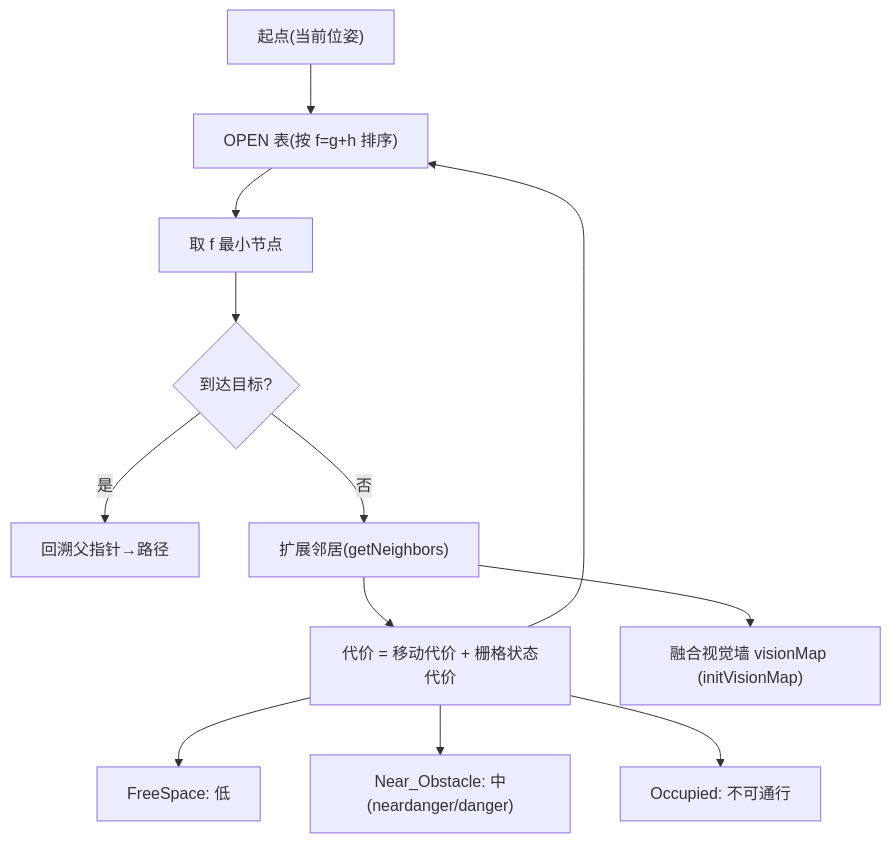
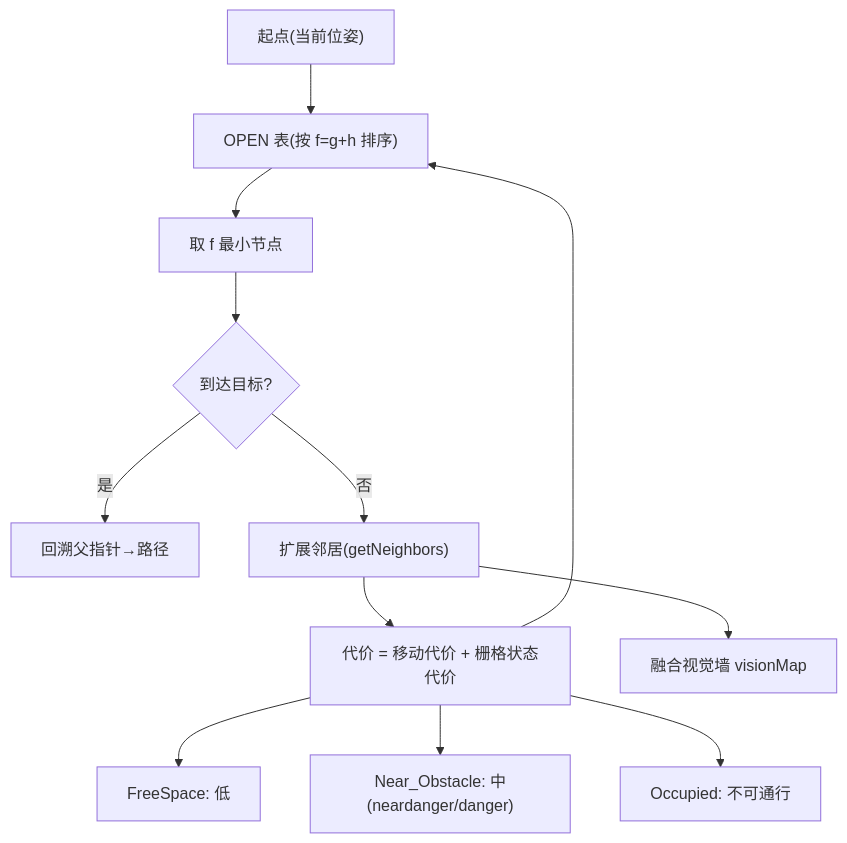
Before and after one commit to Drahann/OpenHarmonyCar: diagram 11 of 32 in 竞赛文档/作品设计文档.md, drawn with Mermaid. The commit also changed other lines of this file, not shown here.

First line of the commit message:
docs: 作品设计文档重做——技术深挖(面向评委)+按DDO写软总线+全导航算法图+删冗余

````diff
--- a/竞赛文档/作品设计文档.md
+++ b/竞赛文档/作品设计文档.md
@@ -355,14 +499,14 @@
 ```mermaid
 graph TB
   START["起点(当前位姿)"] --> OPEN["OPEN 表(按 f=g+h 排序)"]
   OPEN --> POP["取 f 最小节点"]
   POP --> GOAL{"到达目标?"}
   GOAL -->|是| PATH["回溯父指针→路径"]
   GOAL -->|否| NB["扩展邻居(getNeighbors)"]
   NB --> COST["代价 = 移动代价 + 栅格状态代价"]
   COST --> C1["FreeSpace: 低"]
   COST --> C2["Near_Obstacle: 中(neardanger/danger)"]
   COST --> C3["Occupied: 不可通行"]
-  NB --> VIS["融合视觉墙 visionMap (initVisionMap)"]
+  NB --> VIS["融合视觉墙 visionMap"]
   COST --> OPEN
 ```
````
